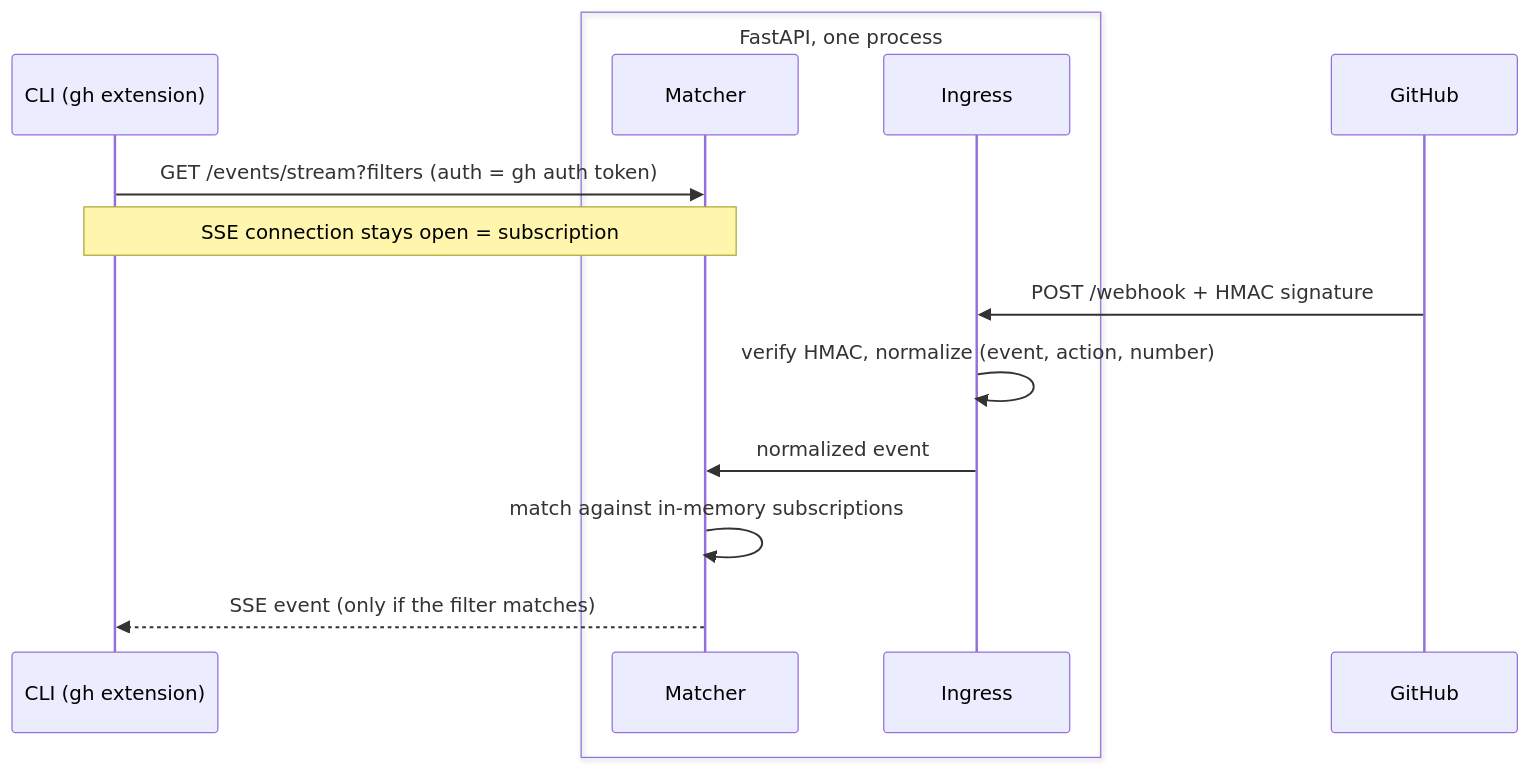
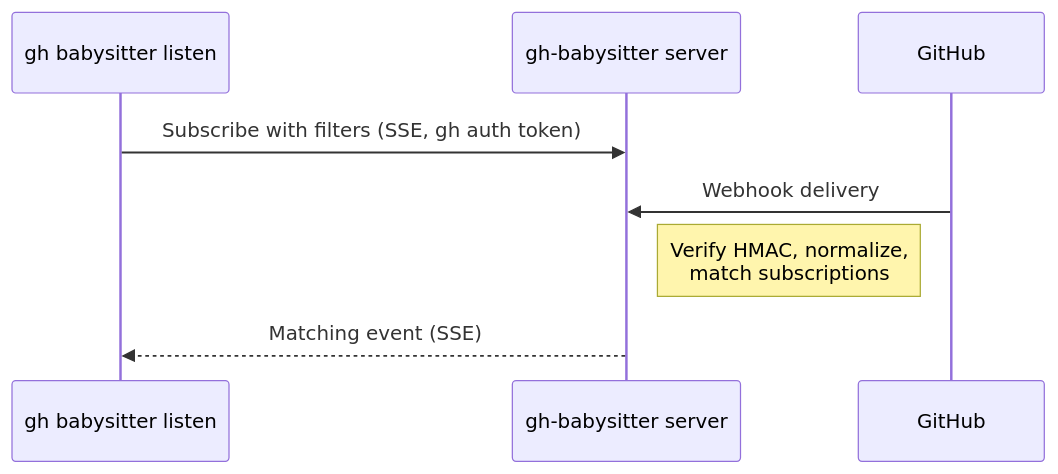
The diagram in README.md (Alex-Kopylov/gh-babysitter), drawn with Mermaid before and after one commit.

Commit message:
docs(readme): simplify architecture sequence diagram

````diff
--- a/README.md
+++ b/README.md
@@ -58,17 +58,11 @@
 ```mermaid
 sequenceDiagram
-    participant CLI as CLI (gh extension)
-    box FastAPI, one process
-        participant M as Matcher
-        participant I as Ingress
-    end
+    participant CLI as gh babysitter listen
+    participant S as gh-babysitter server
     participant GH as GitHub
 
-    CLI->>M: GET /events/stream?filters (auth = gh auth token)
-    Note over CLI,M: SSE connection stays open = subscription
-    GH->>I: POST /webhook + HMAC signature
-    I->>I: verify HMAC, normalize (event, action, number)
-    I->>M: normalized event
-    M->>M: match against in-memory subscriptions
-    M-->>CLI: SSE event (only if the filter matches)
+    CLI->>S: Subscribe with filters (SSE, gh auth token)
+    GH->>S: Webhook delivery
+    Note right of S: Verify HMAC, normalize,<br/>match subscriptions
+    S-->>CLI: Matching event (SSE)
 ```
````
